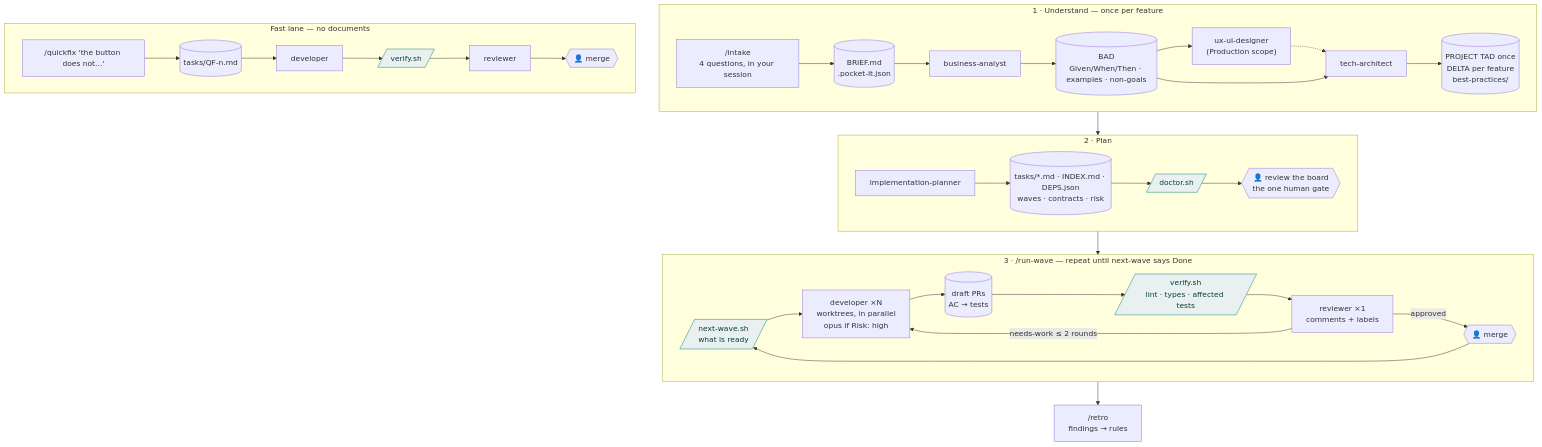
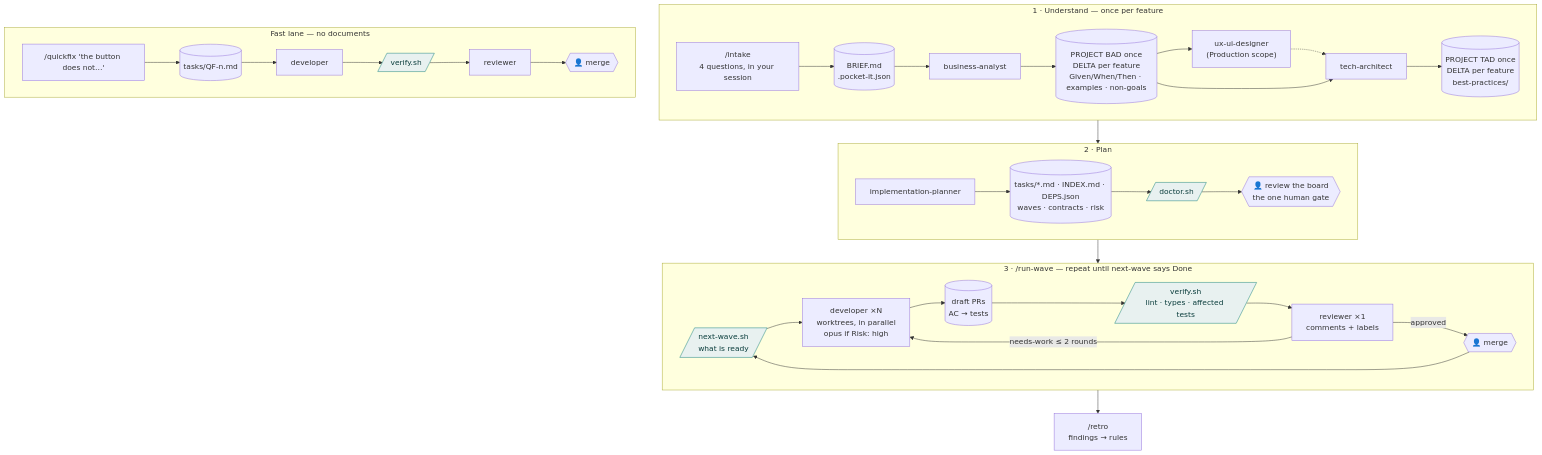
One commit to FCabiddu/pocket-it changed the diagram in README.md. Above: the diagram before and after it, drawn with Mermaid. The commit also changed other lines of this file and 8 other files, not shown here.

First line of the commit message:
feat(bad): BAD di progetto la prima volta, poi un delta per feature (come il TAD); doctor/status contano i delta

````diff
--- a/README.md
+++ b/README.md
@@ -9,32 +9,32 @@
 ```mermaid
 flowchart TD
     subgraph docs["1 · Understand — once per feature"]
       direction LR
       IN["/intake<br/>4 questions, in your session"] --> BR[("BRIEF.md<br/>.pocket-it.json")]
-      BR --> BA["business-analyst"] --> BAD[("BAD<br/>Given/When/Then · examples · non-goals")]
+      BR --> BA["business-analyst"] --> BAD[("PROJECT BAD once<br/>DELTA per feature<br/>Given/When/Then · examples · non-goals")]
       BAD --> UX["ux-ui-designer<br/>(Production scope)"] -.-> TA
       BAD --> TA["tech-architect"] --> TAD[("PROJECT TAD once<br/>DELTA per feature<br/>best-practices/")]
     end
     subgraph plan["2 · Plan"]
       direction LR
       TAD --> PL["implementation-planner"] --> BOARD[("tasks/*.md · INDEX.md · DEPS.json<br/>waves · contracts · risk")]
       BOARD --> DOC[/"doctor.sh"/] --> GATE{{"👤 review the board<br/>the one human gate"}}
     end
     subgraph wave["3 · /run-wave — repeat until next-wave says Done"]
       direction LR
       NW[/"next-wave.sh<br/>what is ready"/] --> DEV["developer ×N<br/>worktrees, in parallel<br/>opus if Risk: high"]
       DEV --> PRS[("draft PRs<br/>AC → tests")]
       PRS --> VER[/"verify.sh<br/>lint · types · affected tests"/] --> REV["reviewer ×1<br/>comments + labels"]
       REV -- needs-work ≤ 2 rounds --> DEV
       REV -- approved --> MERGE{{"👤 merge"}}
     end
     GATE --> NW
     MERGE --> NW
     MERGE --> RT["/retro<br/>findings → rules"]
     subgraph fast["Fast lane — no documents"]
       direction LR
       QF["/quickfix 'the button does not…'"] --> QT[("tasks/QF-n.md")] --> QD["developer"] --> QV[/"verify.sh"/] --> QR["reviewer"] --> QM{{"👤 merge"}}
     end
     classDef script fill:#e8f1f0,stroke:#0e7c7b,color:#0a3d3c
     class DOC,NW,VER,QV script
 ```
````
